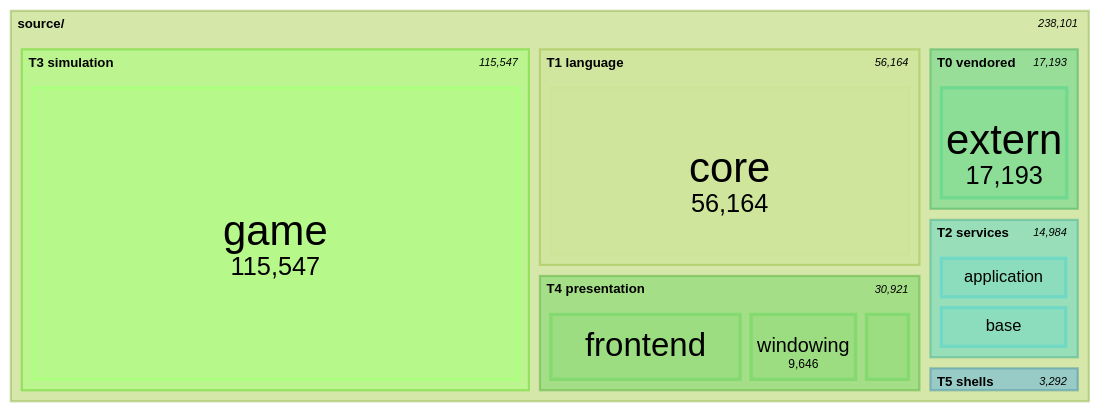
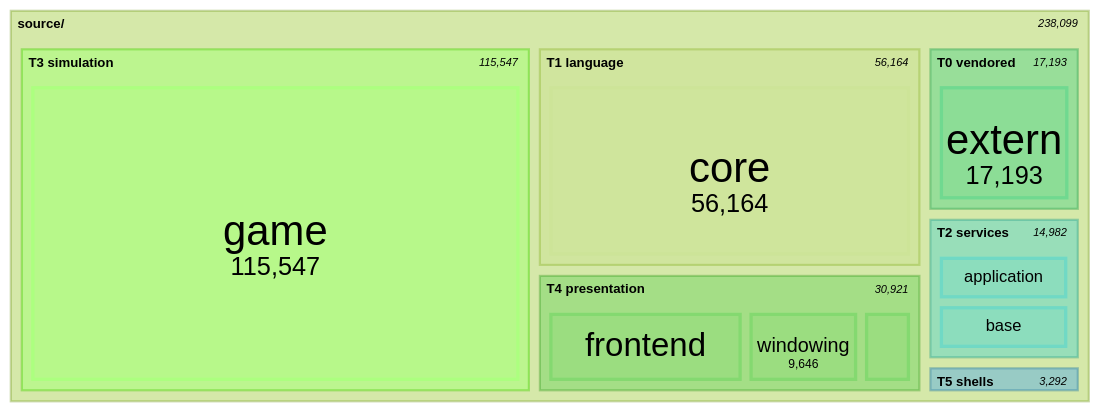
The seventh of 11 diagrams in docs/architecture/system-boundaries.md (apnex/OpenStarbound), drawn with Mermaid (forest theme) before and after one commit. The commit also changed other lines of this file and 2 other files, not shown here.

````diff
--- a/docs/architecture/system-boundaries.md
+++ b/docs/architecture/system-boundaries.md
@@ -577,21 +577,21 @@
 ```mermaid
 treemap-beta
 "source/"
     "T0 vendored"
         "extern": 17193
     "T1 language"
         "core": 56164
     "T2 services"
         "application": 7423
-        "base": 7419
+        "base": 7417
         "platform": 142
     "T3 simulation"
         "game": 115547
     "T4 presentation"
         "frontend": 16861
         "windowing": 9646
         "rendering": 4414
     "T5 shells"
         "client": 2509
         "server": 783
 ```
````
